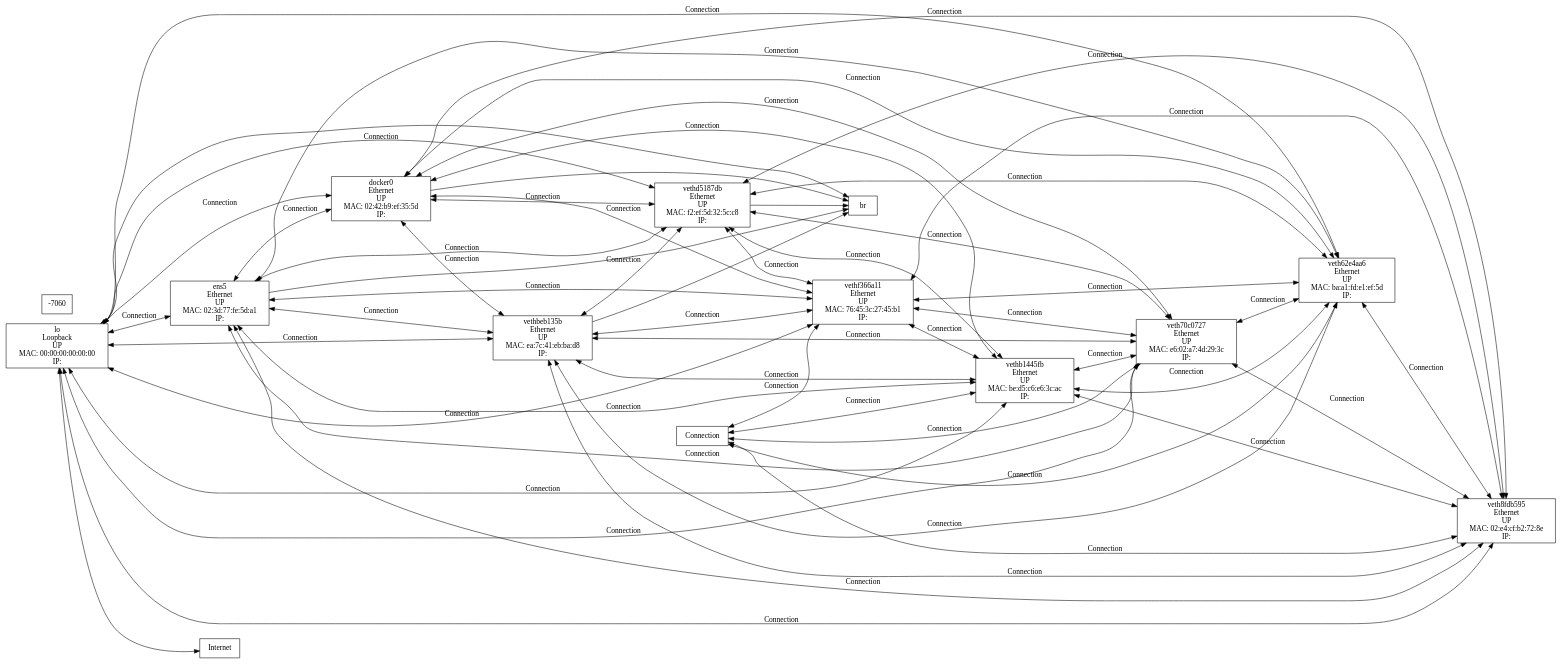
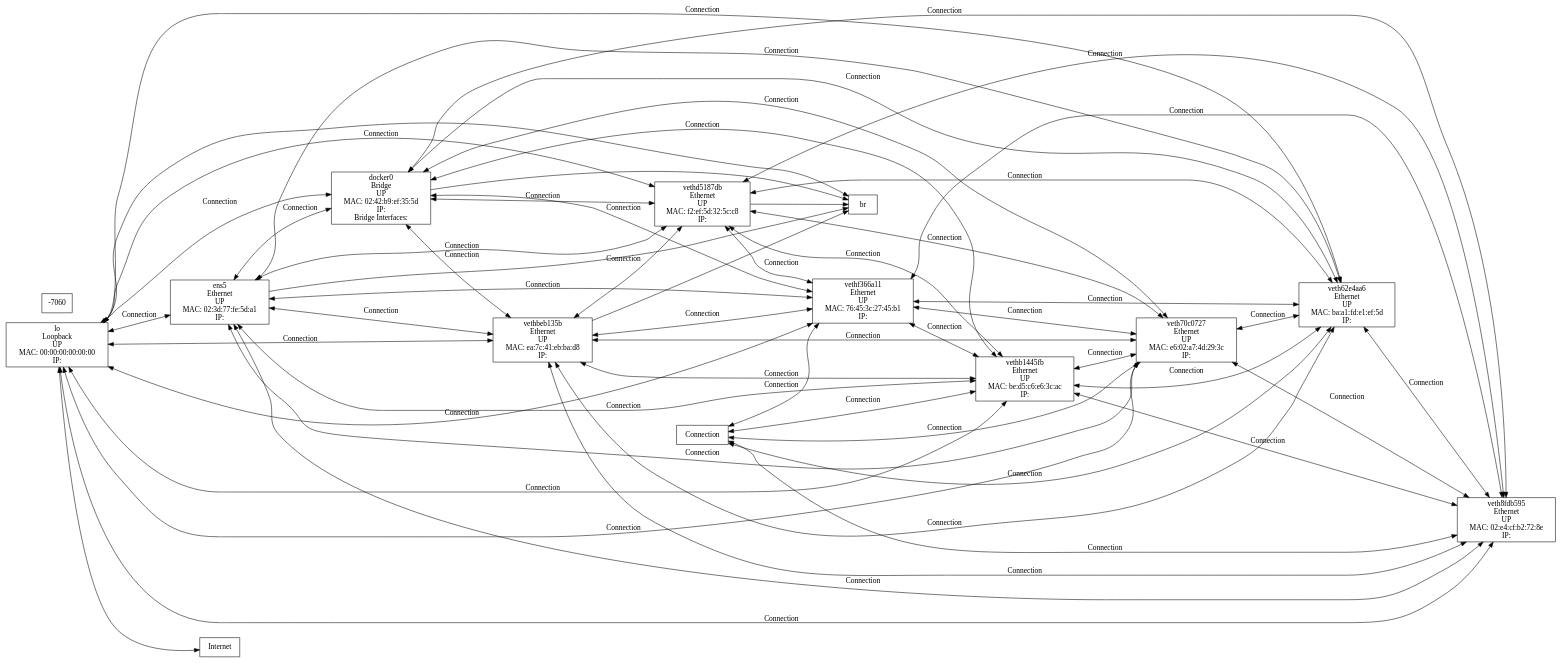
One commit to ohhmm/_ changed the diagram in network_topology.dot. Above: the diagram before and after it, drawn with Graphviz. The commit also changed 1 other file, not shown here.

Commit message:
Add network bridge detection to topology tool

```diff
--- a/network_topology.dot
+++ b/network_topology.dot
@@ -1,77 +1,77 @@
 digraph network_topology {
     rankdir=LR;
     node [shape=box];
 
     lo [label="lo\nLoopback\nUP\nMAC: 00:00:00:00:00:00\nIP: "];
     ens5 [label="ens5\nEthernet\nUP\nMAC: 02:3d:77:fe:5d:a1\nIP: "];
-    docker0 [label="docker0\nEthernet\nUP\nMAC: 02:42:b9:ef:35:5d\nIP: "];
+    docker0 [label="docker0\nBridge\nUP\nMAC: 02:42:b9:ef:35:5d\nIP: \nBridge Interfaces:"];
     vethbeb135b [label="vethbeb135b\nEthernet\nUP\nMAC: ea:7c:41:eb:ba:d8\nIP: "];
     vethd5187db [label="vethd5187db\nEthernet\nUP\nMAC: f2:ef:5d:32:5c:c8\nIP: "];
-    br-7060b668b2aa [label="br-7060b668b2aa\nEthernet\nUP\nMAC: 02:42:d0:16:f9:30\nIP: "];
+    br-7060b668b2aa [label="br-7060b668b2aa\nBridge\nUP\nMAC: 02:42:d0:16:f9:30\nIP: \nBridge Interfaces:"];
     vethf366a11 [label="vethf366a11\nEthernet\nUP\nMAC: 76:45:3c:27:45:b1\nIP: "];
     vethb1445fb [label="vethb1445fb\nEthernet\nUP\nMAC: be:d5:c6:e6:3c:ac\nIP: "];
     veth70c0727 [label="veth70c0727\nEthernet\nUP\nMAC: e6:02:a7:4d:29:3c\nIP: "];
     veth62e4aa6 [label="veth62e4aa6\nEthernet\nUP\nMAC: ba:a1:fd:e1:ef:5d\nIP: "];
     veth8fdb595 [label="veth8fdb595\nEthernet\nUP\nMAC: 02:e4:cf:b2:72:8e\nIP: "];
 
     // Connections
     lo -> ens5 [dir=both, label="Connection"];
     lo -> docker0 [dir=both, label="Connection"];
     lo -> vethbeb135b [dir=both, label="Connection"];
     lo -> vethd5187db [dir=both, label="Connection"];
     lo -> br-7060b668b2aa [dir=both, label="Connection"];
     lo -> vethf366a11 [dir=both, label="Connection"];
     lo -> vethb1445fb [dir=both, label="Connection"];
     lo -> veth70c0727 [dir=both, label="Connection"];
     lo -> veth62e4aa6 [dir=both, label="Connection"];
     lo -> veth8fdb595 [dir=both, label="Connection"];
     ens5 -> docker0 [dir=both, label="Connection"];
     ens5 -> vethbeb135b [dir=both, label="Connection"];
     ens5 -> vethd5187db [dir=both, label="Connection"];
     ens5 -> br-7060b668b2aa [dir=both, label="Connection"];
     ens5 -> vethf366a11 [dir=both, label="Connection"];
     ens5 -> vethb1445fb [dir=both, label="Connection"];
     ens5 -> veth70c0727 [dir=both, label="Connection"];
     ens5 -> veth62e4aa6 [dir=both, label="Connection"];
     ens5 -> veth8fdb595 [dir=both, label="Connection"];
     docker0 -> vethbeb135b [dir=both, label="Connection"];
     docker0 -> vethd5187db [dir=both, label="Connection"];
     docker0 -> br-7060b668b2aa [dir=both, label="Connection"];
     docker0 -> vethf366a11 [dir=both, label="Connection"];
     docker0 -> vethb1445fb [dir=both, label="Connection"];
     docker0 -> veth70c0727 [dir=both, label="Connection"];
     docker0 -> veth62e4aa6 [dir=both, label="Connection"];
     docker0 -> veth8fdb595 [dir=both, label="Connection"];
     vethbeb135b -> vethd5187db [dir=both, label="Connection"];
     vethbeb135b -> br-7060b668b2aa [dir=both, label="Connection"];
     vethbeb135b -> vethf366a11 [dir=both, label="Connection"];
     vethbeb135b -> vethb1445fb [dir=both, label="Connection"];
     vethbeb135b -> veth70c0727 [dir=both, label="Connection"];
     vethbeb135b -> veth62e4aa6 [dir=both, label="Connection"];
     vethbeb135b -> veth8fdb595 [dir=both, label="Connection"];
     vethd5187db -> br-7060b668b2aa [dir=both, label="Connection"];
     vethd5187db -> vethf366a11 [dir=both, label="Connection"];
     vethd5187db -> vethb1445fb [dir=both, label="Connection"];
     vethd5187db -> veth70c0727 [dir=both, label="Connection"];
     vethd5187db -> veth62e4aa6 [dir=both, label="Connection"];
     vethd5187db -> veth8fdb595 [dir=both, label="Connection"];
     br-7060b668b2aa -> vethf366a11 [dir=both, label="Connection"];
     br-7060b668b2aa -> vethb1445fb [dir=both, label="Connection"];
     br-7060b668b2aa -> veth70c0727 [dir=both, label="Connection"];
     br-7060b668b2aa -> veth62e4aa6 [dir=both, label="Connection"];
     br-7060b668b2aa -> veth8fdb595 [dir=both, label="Connection"];
     vethf366a11 -> vethb1445fb [dir=both, label="Connection"];
     vethf366a11 -> veth70c0727 [dir=both, label="Connection"];
     vethf366a11 -> veth62e4aa6 [dir=both, label="Connection"];
     vethf366a11 -> veth8fdb595 [dir=both, label="Connection"];
     vethb1445fb -> veth70c0727 [dir=both, label="Connection"];
     vethb1445fb -> veth62e4aa6 [dir=both, label="Connection"];
     vethb1445fb -> veth8fdb595 [dir=both, label="Connection"];
     veth70c0727 -> veth62e4aa6 [dir=both, label="Connection"];
     veth70c0727 -> veth8fdb595 [dir=both, label="Connection"];
     veth62e4aa6 -> veth8fdb595 [dir=both, label="Connection"];
 
     // External network connection
     internet [shape=cloud, label="Internet"];
     lo -> internet [dir=both];
 }
```
